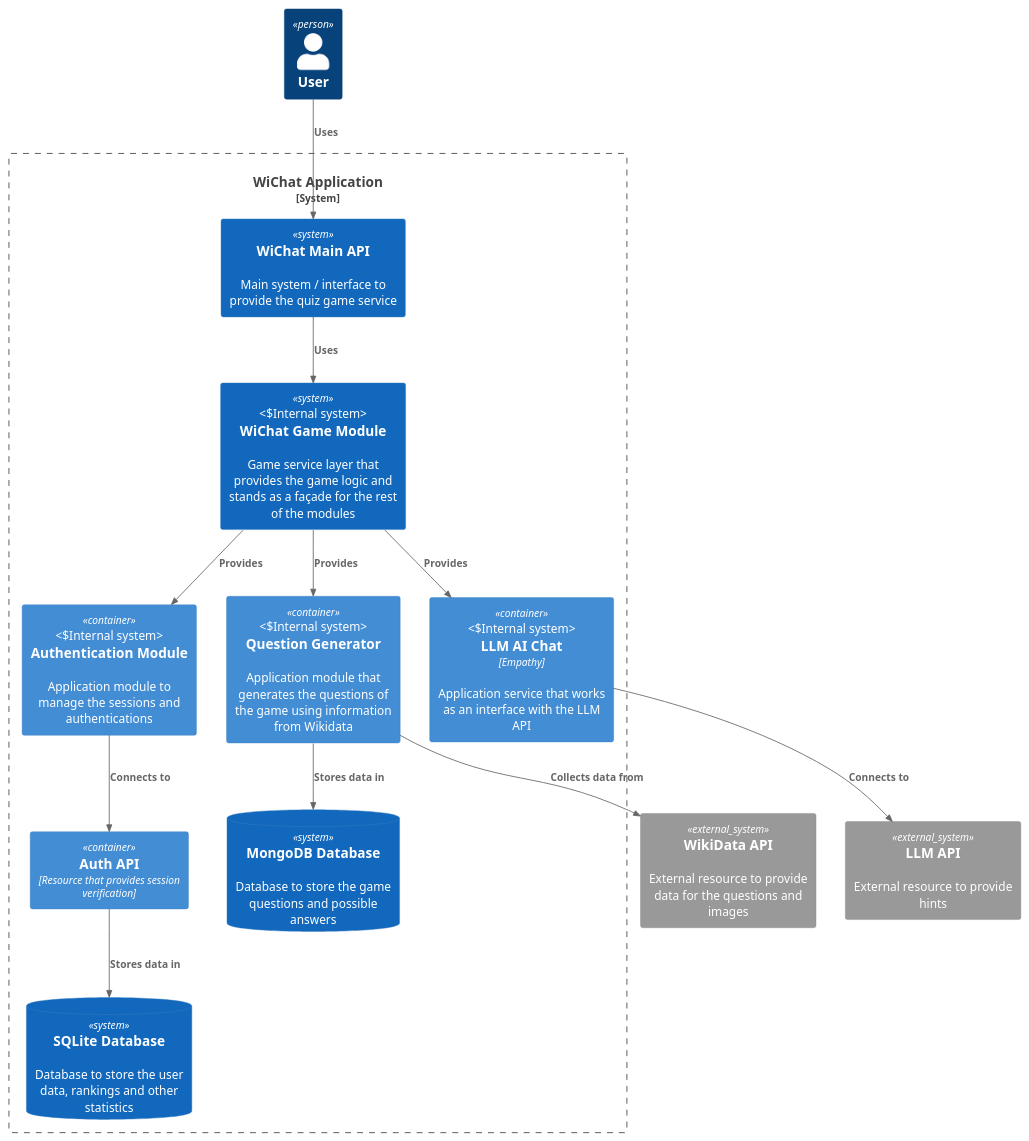
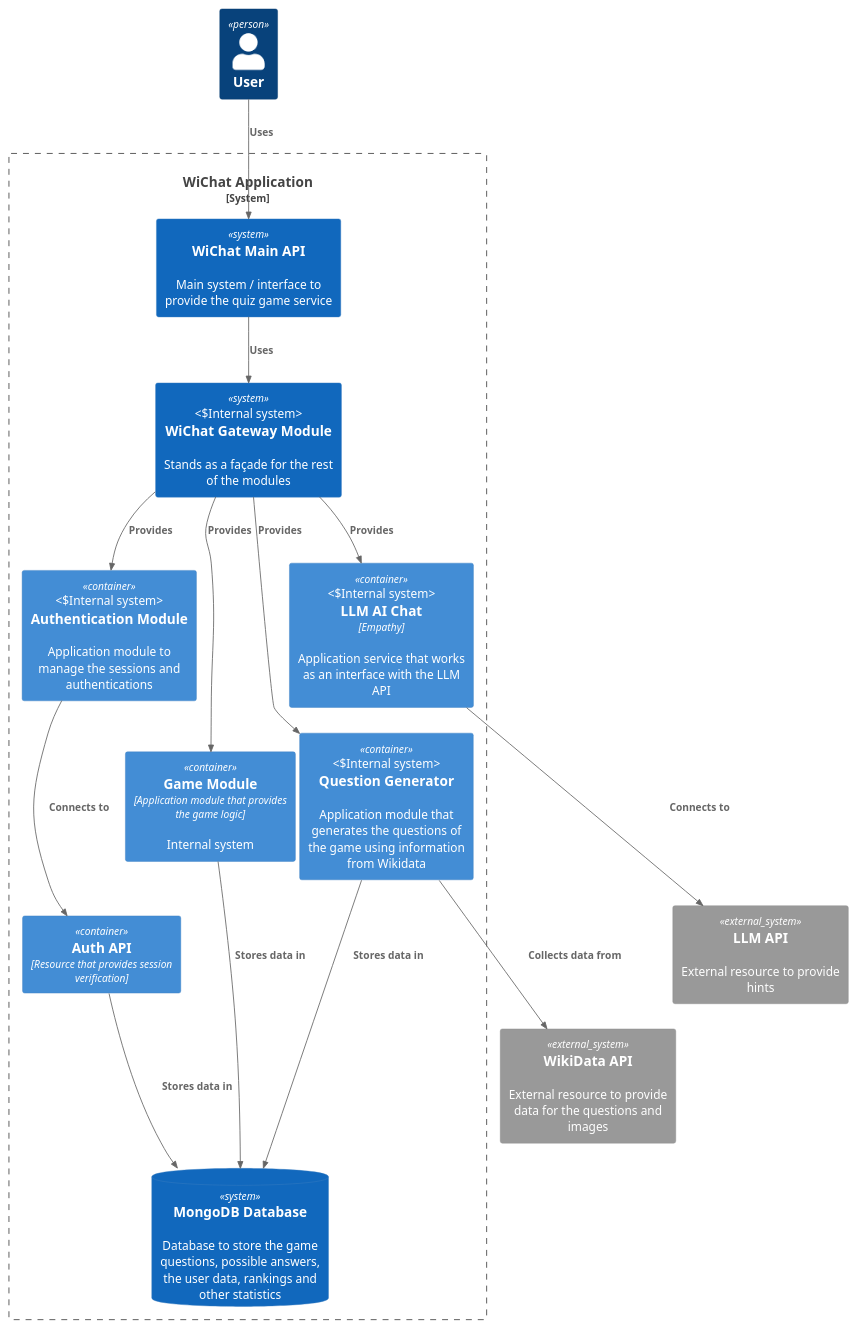
Before and after one commit to Arquisoft/wichat_en1a: the diagram in docs/src/diagrams/S3_C4_Business_Context_Diagram.puml, drawn with PlantUML. The commit also changed 2 other files, not shown here.

Commit message:
add game service to diagrams

```diff
--- a/docs/src/diagrams/S3_C4_Business_Context_Diagram.puml
+++ b/docs/src/diagrams/S3_C4_Business_Context_Diagram.puml
@@ -1,31 +1,33 @@
 @startuml C4_Business_Context_Diagram
 !include <C4/C4_Container>
 
 top to bottom direction
 
 Person(user, "User")
 System_Boundary(quizGame, "WiChat Application") {
     System(wichat, "WiChat Main API", "Main system / interface to provide the quiz game service")
-    System(game, "WiChat Game Module", "Game service layer that provides the game logic and stands as a façade for the rest of the modules", "Internal system")
+    System(gateway, "WiChat Gateway Module", "Stands as a façade for the rest of the modules", "Internal system")
     Container(llmChat, "LLM AI Chat", "Empathy", "Application service that works as an interface with the LLM API", "Internal system")
     Container(auth, "Authentication Module", "", "Application module to manage the sessions and authentications", "Internal system")
+    Container(gameService, "Game Module", "Application module that provides the game logic", "Internal system")
     Container(questionGen, "Question Generator", "", "Application module that generates the questions of the game using information from Wikidata", "Internal system")
     Container(authAPI, "Auth API", "Resource that provides session verification")
-    SystemDb(mongodb, "MongoDB Database", "Database to store the game questions and possible answers")
-    SystemDb(sqldb, "SQLite Database", "Database to store the user data, rankings and other statistics")    
+    SystemDb(mongodb, "MongoDB Database", "Database to store the game questions, possible answers, the user data, rankings and other statistics")    
 }
 System_Ext(wikidata, "WikiData API", "External resource to provide data for the questions and images")
 System_Ext(llm, "LLM API", "External resource to provide hints")
 
 Rel(user, wichat, "Uses")
-Rel(wichat, game, "Uses")
-Rel(game, llmChat, "Provides")
-Rel(game, auth, "Provides")
-Rel(game, questionGen, "Provides")
+Rel(wichat, gateway, "Uses")
+Rel(gateway, llmChat, "Provides")
+Rel(gateway, auth, "Provides")
+Rel(gateway, questionGen, "Provides")
+Rel(gateway, gameService, "Provides")
 Rel(llmChat, llm, "Connects to")
 Rel(auth, authAPI, "Connects to")
-Rel(authAPI, sqldb, "Stores data in")
+Rel(authAPI, mongodb, "Stores data in")
 Rel(questionGen, mongodb, "Stores data in")
+Rel(gameService, mongodb, "Stores data in")
 Rel(questionGen, wikidata, "Collects data from")
 
 @enduml
```
